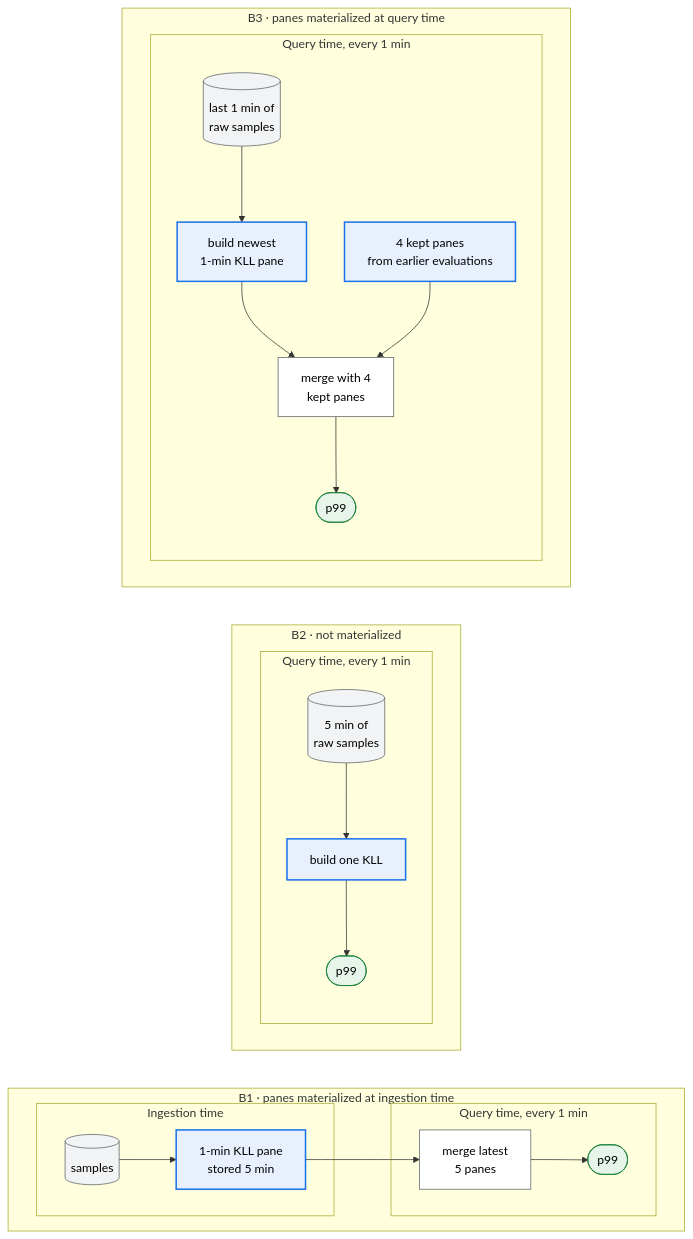
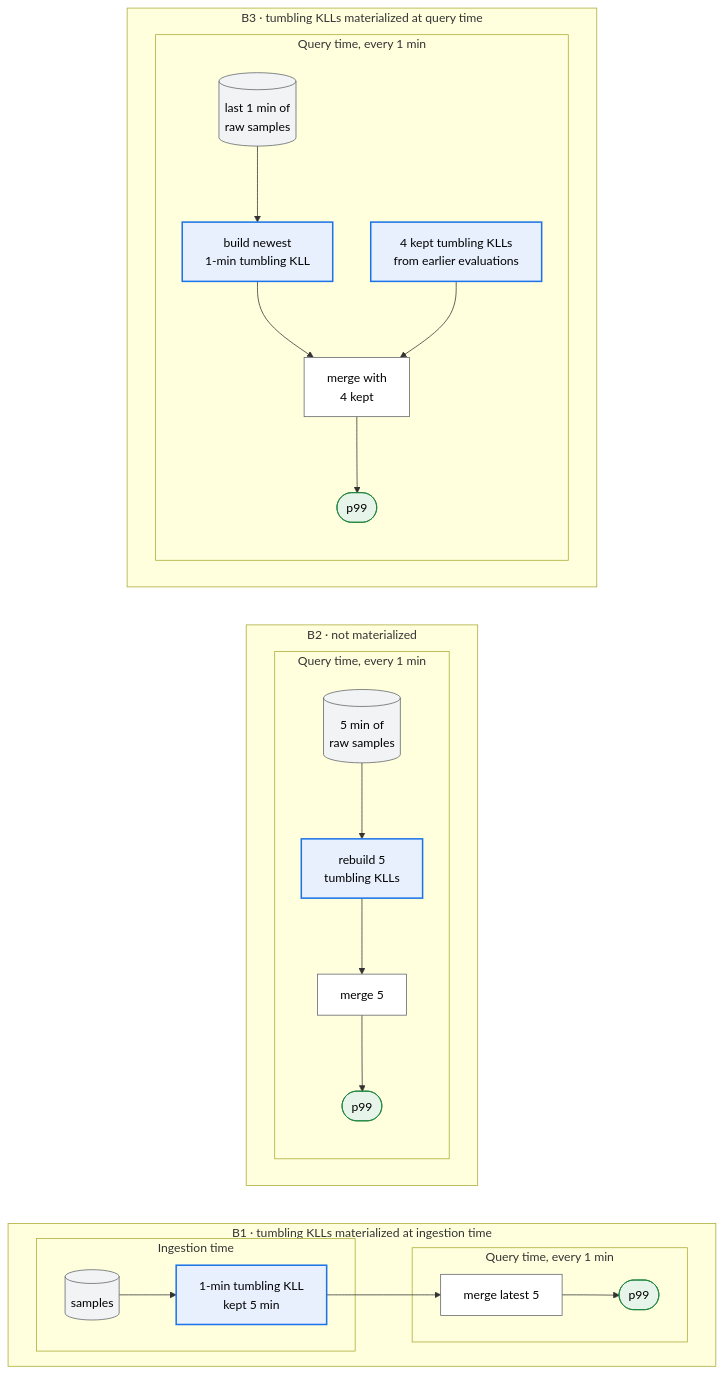
The tenth of 10 diagrams in docs/design_docs/proposals/planner-layering.md (ProjectASAP/ASAPPlanner), drawn with Mermaid before and after one commit. The commit also changed other lines of this file, not shown here.

````diff
--- a/docs/design_docs/proposals/planner-layering.md
+++ b/docs/design_docs/proposals/planner-layering.md
@@ -859,30 +898,30 @@
 ```mermaid
 flowchart LR
-  subgraph B1["B1 · panes materialized at ingestion time"]
+  subgraph B1["B1 · tumbling KLLs materialized at ingestion time"]
     direction LR
     subgraph B1I["Ingestion time"]
-      s1[("samples")]:::data --> p1["1-min KLL pane<br/>stored 5 min"]:::summary
+      s1[("samples")]:::data --> p1["1-min tumbling KLL<br/>kept 5 min"]:::summary
     end
     subgraph B1Q["Query time, every 1 min"]
-      g1["merge latest<br/>5 panes"]:::exact --> r1(["p99"]):::estimate
+      g1["merge latest 5"]:::exact --> r1(["p99"]):::estimate
     end
     p1 --> g1
   end
   subgraph B2["B2 · not materialized"]
     direction LR
     subgraph B2Q["Query time, every 1 min"]
-      s2[("5 min of<br/>raw samples")]:::data --> k2["build one KLL"]:::summary --> r2(["p99"]):::estimate
+      s2[("5 min of<br/>raw samples")]:::data --> k2["rebuild 5<br/>tumbling KLLs"]:::summary --> m2b["merge 5"]:::exact --> r2(["p99"]):::estimate
     end
   end
-  subgraph B3["B3 · panes materialized at query time"]
+  subgraph B3["B3 · tumbling KLLs materialized at query time"]
     direction LR
     subgraph B3Q["Query time, every 1 min"]
-      s5[("last 1 min of<br/>raw samples")]:::data --> k5["build newest<br/>1-min KLL pane"]:::summary --> g5["merge with 4<br/>kept panes"]:::exact --> r5(["p99"]):::estimate
-      kp["4 kept panes<br/>from earlier evaluations"]:::summary --> g5
+      s5[("last 1 min of<br/>raw samples")]:::data --> k5["build newest<br/>1-min tumbling KLL"]:::summary --> g5["merge with<br/>4 kept"]:::exact --> r5(["p99"]):::estimate
+      kp["4 kept tumbling KLLs<br/>from earlier evaluations"]:::summary --> g5
     end
   end
   classDef data fill:#f1f3f4,stroke:#5f6368,color:#000;
   classDef exact fill:#fff,stroke:#5f6368,color:#000;
   classDef summary fill:#e8f0fe,stroke:#1a73e8,stroke-width:2px,color:#000;
   classDef estimate fill:#e6f4ea,stroke:#188038,color:#000;
 ```
````
